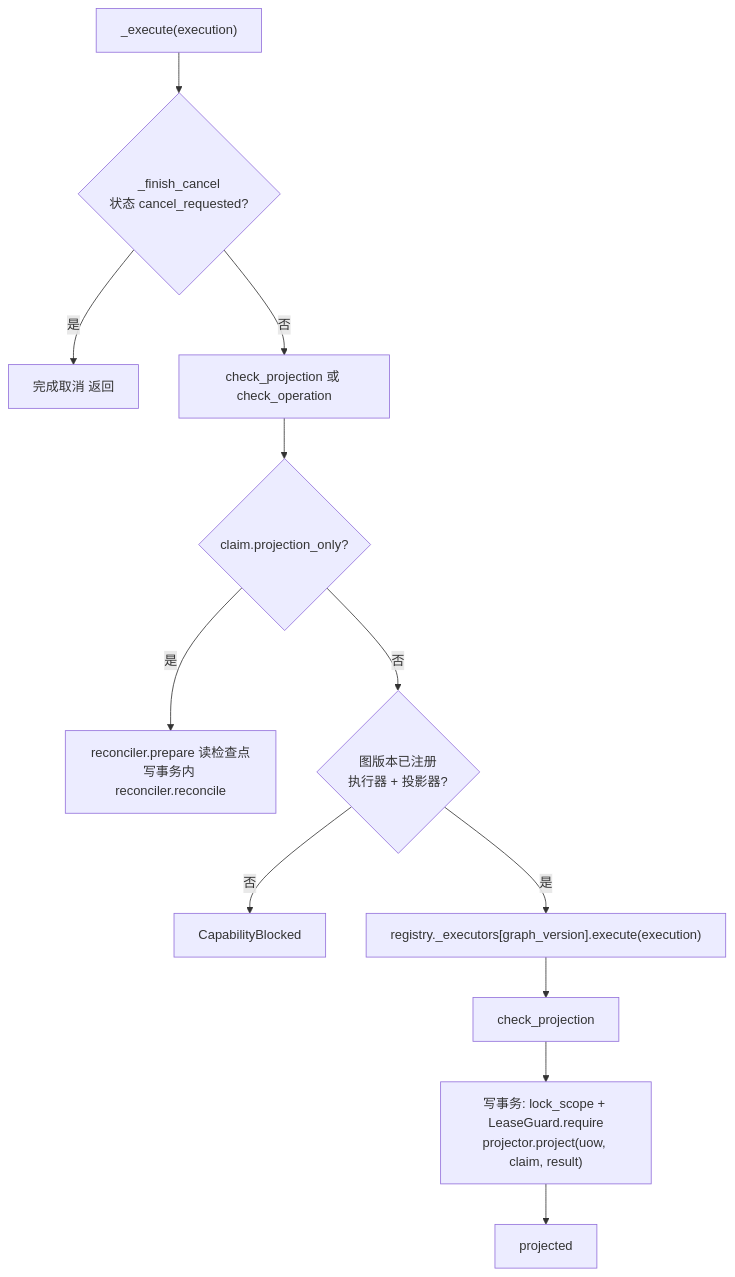
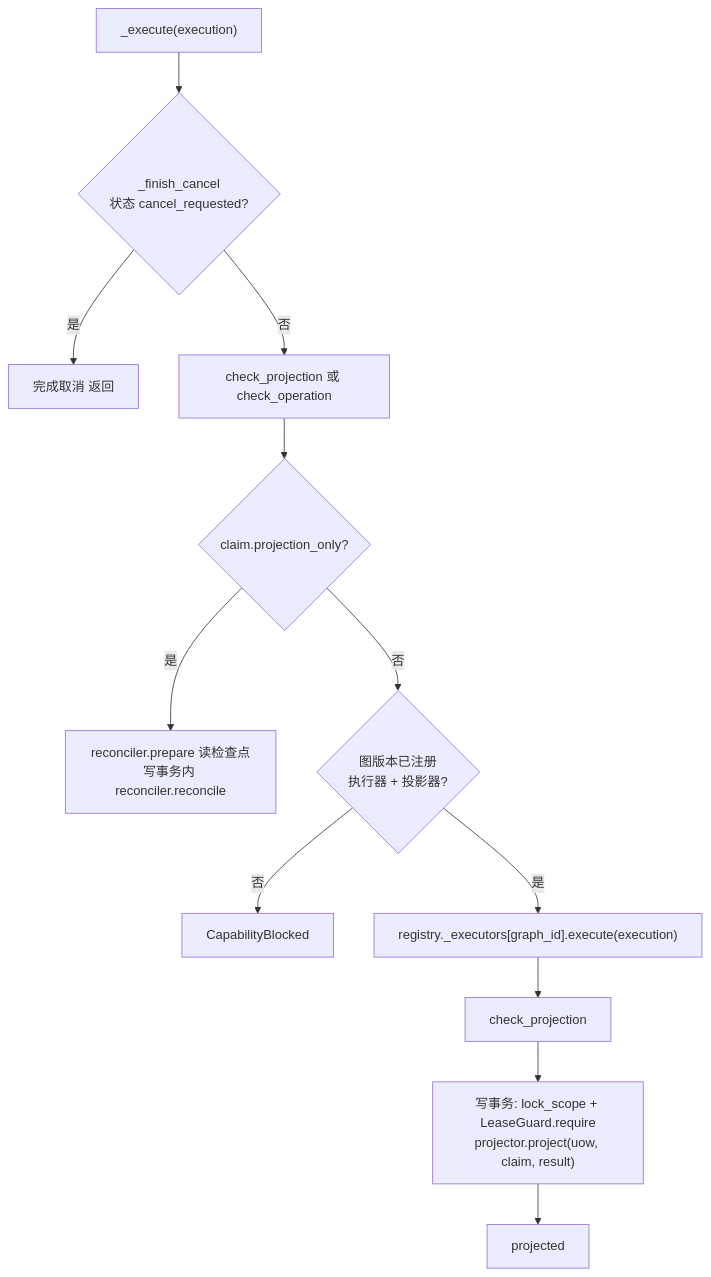
Before and after one commit to wxquare/workbench: the eighth of 11 diagrams in docs/03-development.md, drawn with Mermaid. The commit also changed other lines of this file and 161 other files, not shown here.

Commit message:
feat: add semantic graph catalog

````diff
--- a/docs/03-development.md
+++ b/docs/03-development.md
@@ -523,14 +523,14 @@
 ```mermaid
 flowchart TD
     E["_execute(execution)"] --> C0{"_finish_cancel<br/>状态 cancel_requested?"}
     C0 -- 是 --> END0["完成取消 返回"]
     C0 -- 否 --> CK["check_projection 或 check_operation"]
     CK --> PO{"claim.projection_only?"}
     PO -- 是 --> REC["reconciler.prepare 读检查点<br/>写事务内 reconciler.reconcile"]
     PO -- 否 --> GV{"图版本已注册<br/>执行器 + 投影器?"}
     GV -- 否 --> CB["CapabilityBlocked"]
-    GV -- 是 --> EX["registry._executors[graph_version].execute(execution)"]
+    GV -- 是 --> EX["registry._executors[graph_id].execute(execution)"]
     EX --> PR["check_projection"]
     PR --> PJ["写事务: lock_scope + LeaseGuard.require<br/>projector.project(uow, claim, result)"]
     PJ --> DONE["projected"]
 ```
````
